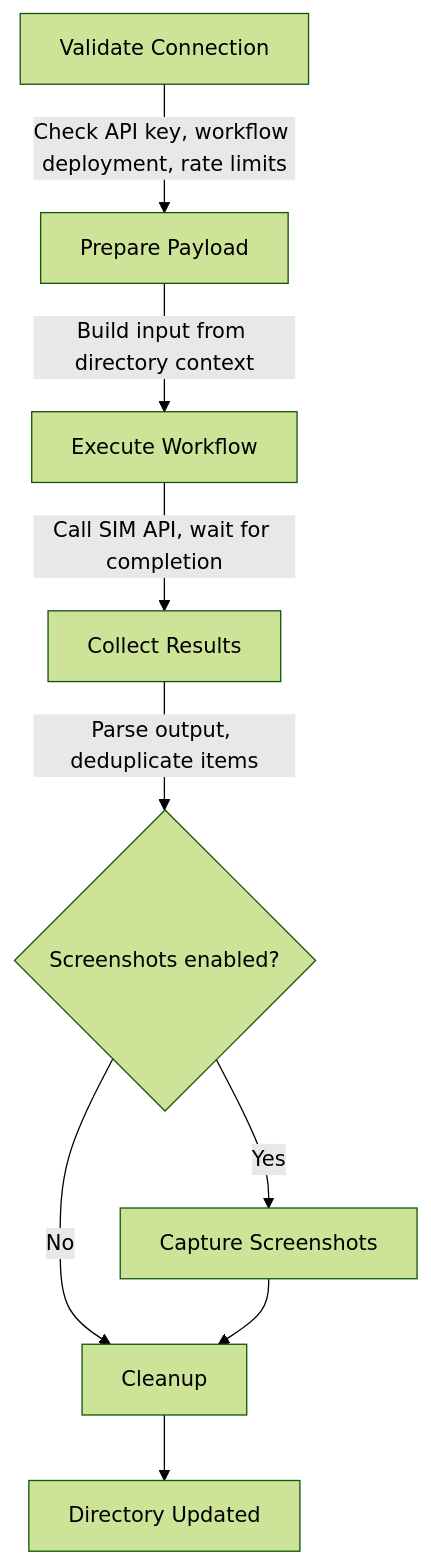
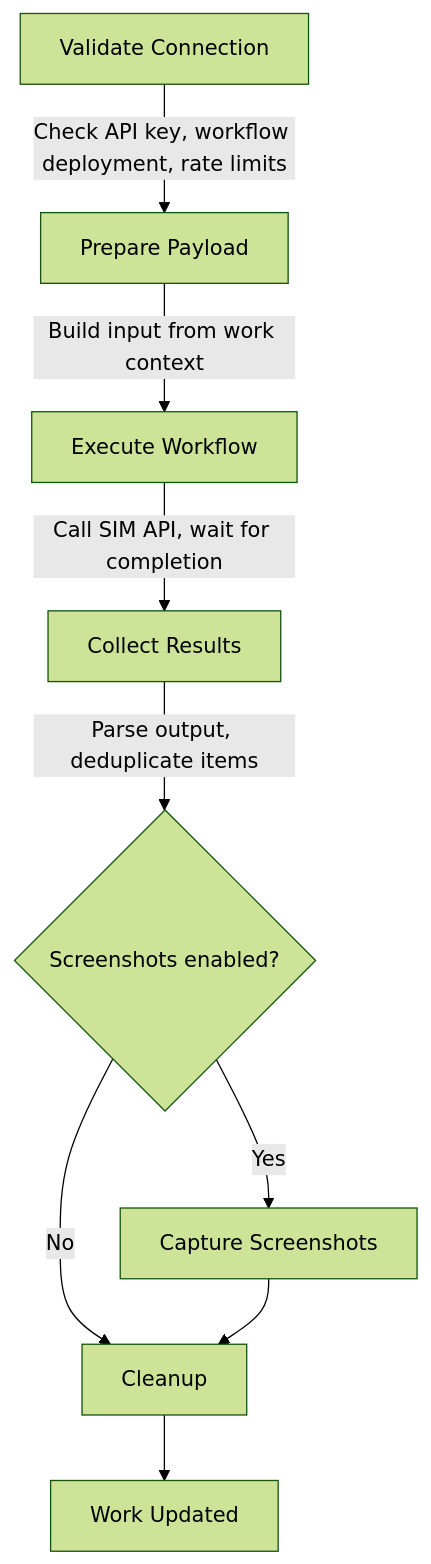
Before and after one commit to ever-works/ever-works: the second of 2 diagrams in docs/plugin-system/sim-ai-plugin.md, drawn with Mermaid (forest theme). The commit also changed other lines of this file and 395 other files, not shown here.

````diff
--- a/docs/plugin-system/sim-ai-plugin.md
+++ b/docs/plugin-system/sim-ai-plugin.md
@@ -201,11 +201,11 @@
 ```mermaid
 flowchart TD
     A[Validate Connection] -->|"Check API key, workflow deployment, rate limits"| B[Prepare Payload]
-    B -->|"Build input from directory context"| C[Execute Workflow]
+    B -->|"Build input from work context"| C[Execute Workflow]
     C -->|"Call SIM API, wait for completion"| D[Collect Results]
     D -->|"Parse output, deduplicate items"| E{Screenshots enabled?}
     E -->|Yes| F[Capture Screenshots]
     E -->|No| G[Cleanup]
     F --> G
-    G --> H[Directory Updated]
+    G --> H[Work Updated]
 ```
````
